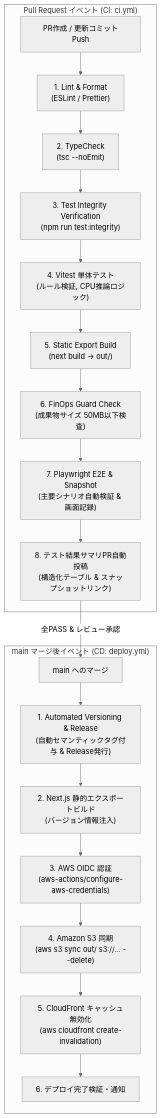
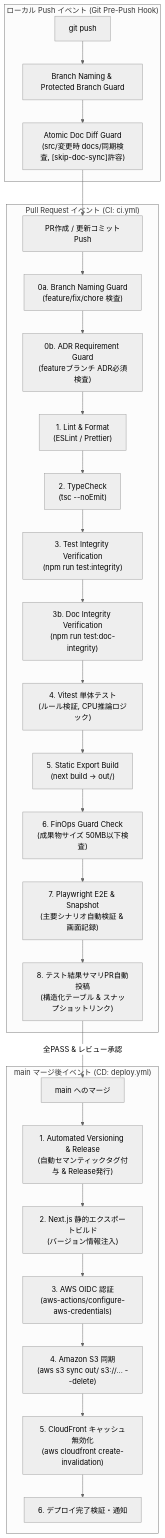
The diagram in docs/design/sre/cicd-pipeline.md (dandelion0016/algo), drawn with Mermaid (neutral theme) before and after one commit. The commit also changed other lines of this file and 11 other files, not shown here.

First line of the commit message:
chore: ドキュメント整合性とアトミック更新の機械的強制（Atomic Doc-Code Sync ガバナンス導入） (#141)

````diff
--- a/docs/design/sre/cicd-pipeline.md
+++ b/docs/design/sre/cicd-pipeline.md
@@ -32,24 +38,33 @@
 ```mermaid
 flowchart TD
+    subgraph LocalPush["ローカル Push イベント (Git Pre-Push Hook)"]
+        Push["git push"] --> Hook1["Branch Naming & Protected Branch Guard"]
+        Hook1 --> Hook2["Atomic Doc Diff Guard<br>(src/変更時 docs/同期検査, [skip-doc-sync]許容)"]
+    end
+
     subgraph PullRequest["Pull Request イベント (CI: ci.yml)"]
-        PR["PR作成 / 更新コミットPush"] --> Step1["1. Lint & Format<br>(ESLint / Prettier)"]
+        PR["PR作成 / 更新コミットPush"] --> Step0a["0a. Branch Naming Guard<br>(feature/fix/chore 検査)"]
+        Step0a --> Step0b["0b. ADR Requirement Guard<br>(featureブランチ ADR必須検査)"]
+        Step0b --> Step1["1. Lint & Format<br>(ESLint / Prettier)"]
         Step1 --> Step2["2. TypeCheck<br>(tsc --noEmit)"]
         Step2 --> Step3["3. Test Integrity Verification<br>(npm run test:integrity)"]
-        Step3 --> Step4["4. Vitest 単体テスト<br>(ルール検証, CPU推論ロジック)"]
+        Step3 --> Step3b["3b. Doc Integrity Verification<br>(npm run test:doc-integrity)"]
+        Step3b --> Step4["4. Vitest 単体テスト<br>(ルール検証, CPU推論ロジック)"]
         Step4 --> Step5["5. Static Export Build<br>(next build -> out/)"]
         Step5 --> Step6["6. FinOps Guard Check<br>(成果物サイズ 50MB以下検査)"]
         Step6 --> Step7["7. Playwright E2E & Snapshot<br>(主要シナリオ自動検証 & 画面記録)"]
         Step7 --> Step8["8. テスト結果サマリPR自動投稿<br>(構造化テーブル & スナップショットリンク)"]
     end
 
     subgraph MergeMain["main マージ後イベント (CD: deploy.yml)"]
         Merge["main へのマージ"] --> CD_Tag["1. Automated Versioning & Release<br>(自動セマンティックタグ付与 & Release発行)"]
         CD_Tag --> CD_Build["2. Next.js 静的エクスポートビルド<br>(バージョン情報注入)"]
         CD_Build --> CD_OIDC["3. AWS OIDC 認証<br>(aws-actions/configure-aws-credentials)"]
         CD_OIDC --> CD_S3Sync["4. Amazon S3 同期<br>(aws s3 sync out/ s3://... --delete)"]
         CD_S3Sync --> CD_CFInvalidate["5. CloudFront キャッシュ無効化<br>(aws cloudfront create-invalidation)"]
         CD_CFInvalidate --> CD_Notify["6. デプロイ完了検証・通知"]
     end
 
+    Hook2 --> PR
     Step8 -->|全PASS & レビュー承認| Merge
 ```
````
